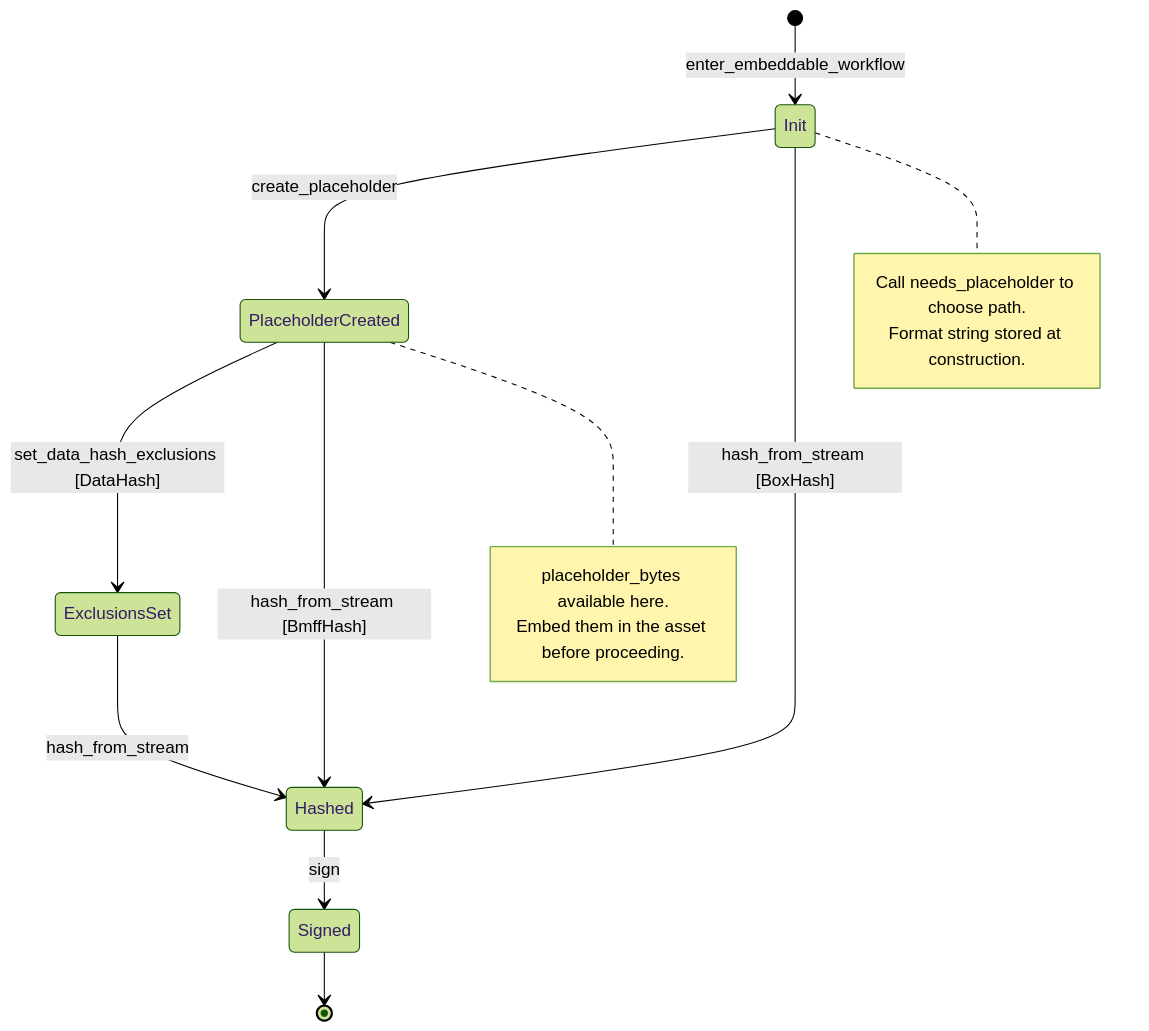
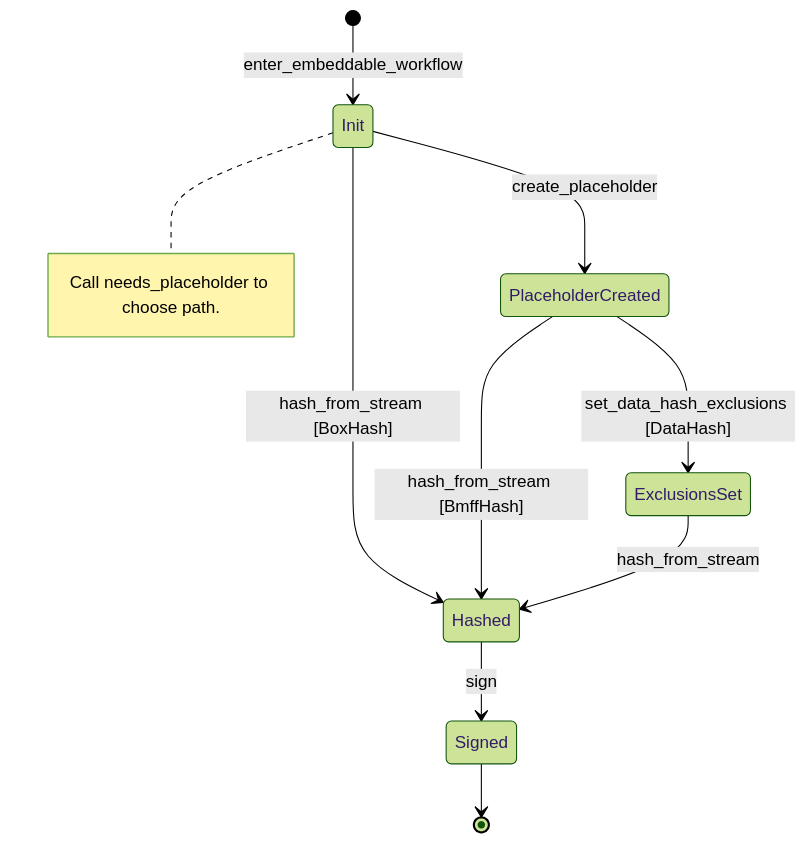
The seventh of 7 diagrams in docs/embeddable-api.md (contentauth/c2pa-c), drawn with Mermaid (forest theme) before and after one commit.

````diff
--- a/docs/embeddable-api.md
+++ b/docs/embeddable-api.md
@@ -595,25 +595,19 @@
 ```mermaid
 stateDiagram-v2
     [*] --> Init : enter_embeddable_workflow
 
     Init --> PlaceholderCreated : create_placeholder
     Init --> Hashed : hash_from_stream [BoxHash]
 
     PlaceholderCreated --> ExclusionsSet : set_data_hash_exclusions [DataHash]
     PlaceholderCreated --> Hashed : hash_from_stream [BmffHash]
 
     ExclusionsSet --> Hashed : hash_from_stream
 
     Hashed --> Signed : sign
     Signed --> [*]
 
     note right of Init
         Call needs_placeholder to choose path.
-        Format string stored at construction.
-    end note
-
-    note right of PlaceholderCreated
-        placeholder_bytes available here.
-        Embed them in the asset before proceeding.
     end note
 ```
````
